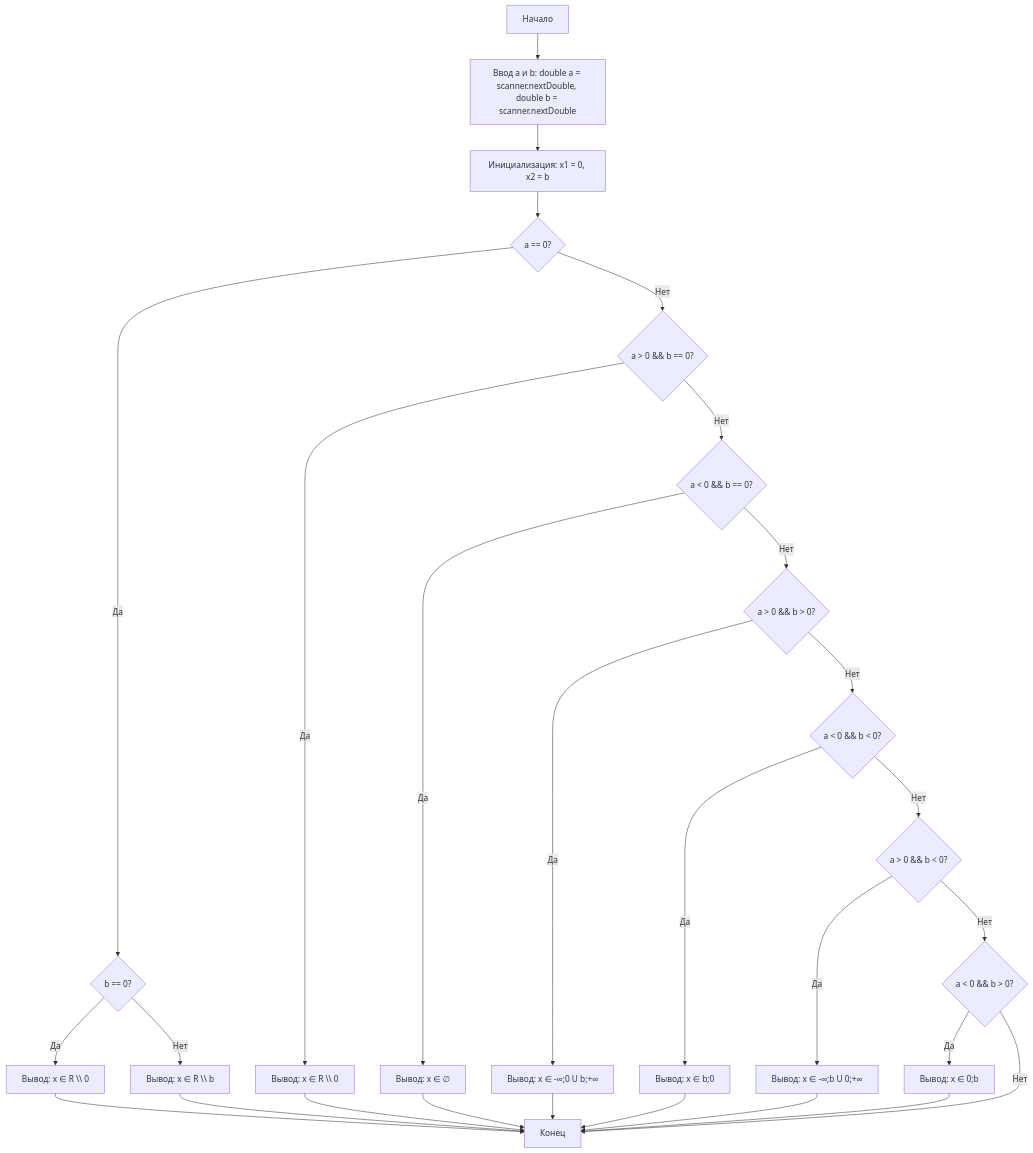
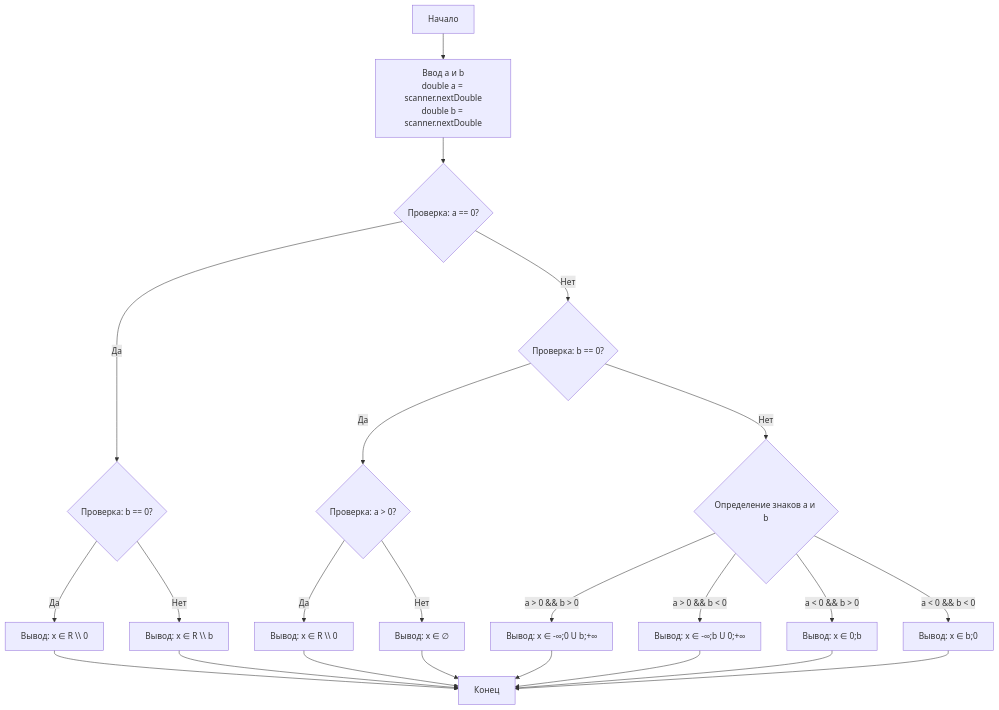
One commit to VasilLisgran/Lab1 changed the diagram in README.md. Above: the diagram before and after it, drawn with Mermaid. The commit also changed other lines of this file, not shown here.

Commit message:
Update README.md
Updated block-s

````diff
--- a/README.md
+++ b/README.md
@@ -82,42 +82,31 @@
 ```mermaid
 flowchart TD
-    A[Начало] --> B[Ввод a и b: double a = scanner.nextDouble, double b = scanner.nextDouble]
-    B --> C[Инициализация: x1 = 0, x2 = b]
+    A[Начало] --> B[Ввод a и b<br>double a = scanner.nextDouble<br>double b = scanner.nextDouble]
+    B --> C{Проверка: a == 0?}
     
-    C --> D{a == 0?}
+    C -- Да --> D{Проверка: b == 0?}
+    D -- Да --> E[Вывод: x ∈ R \\ 0]
+    D -- Нет --> F[Вывод: x ∈ R \\ b]
     
-    D -- Да --> E{b == 0?}
-    E -- Да --> F[Вывод: x ∈ R \\ 0]
-    E -- Нет --> G[Вывод: x ∈ R \\ b]
+    C -- Нет --> G{Проверка: b == 0?}
     
-    D -- Нет --> I{a > 0 && b == 0?}
-
-    I -- Да --> J[Вывод: x ∈ R \\ 0]
-    I -- Нет --> K{a < 0 && b == 0?}
+    G -- Да --> H{Проверка: a > 0?}
+    H -- Да --> I[Вывод: x ∈ R \\ 0]
+    H -- Нет --> J[Вывод: x ∈ ∅]
     
-    K -- Да --> L[Вывод: x ∈ ∅]
-    K -- Нет --> M{a > 0 && b > 0?}
+    G -- Нет --> K{Определение знаков a и b}
     
-    M -- Да --> N[Вывод: x ∈ -∞;0 U b;+∞]
-    M -- Нет --> O{a < 0 && b < 0?}
+    K -- a > 0 && b > 0 --> L[Вывод: x ∈ -∞;0 U b;+∞]
+    K -- a > 0 && b < 0 --> M[Вывод: x ∈ -∞;b U 0;+∞]
+    K -- a < 0 && b > 0 --> N[Вывод: x ∈ 0;b]
+    K -- a < 0 && b < 0 --> O[Вывод: x ∈ b;0]
     
-    O -- Да --> P[Вывод: x ∈ b;0]
-    O -- Нет --> Q{a > 0 && b < 0?}
-    
-    Q -- Да --> R[Вывод: x ∈ -∞;b U 0;+∞]
-    Q -- Нет --> S{a < 0 && b > 0?}
-    
-    S -- Да --> T[Вывод: x ∈ 0;b]
-    S -- Нет --> U[Конец]
-    
-    F --> U
-    G --> U
-    J --> U
-    L --> U
-    N --> U
-    P --> U
-    R --> U
-    T --> U
-    
-
+    E --> P[Конец]
+    F --> P
+    I --> P
+    J --> P
+    L --> P
+    M --> P
+    N --> P
+    O --> P
 ```
````
